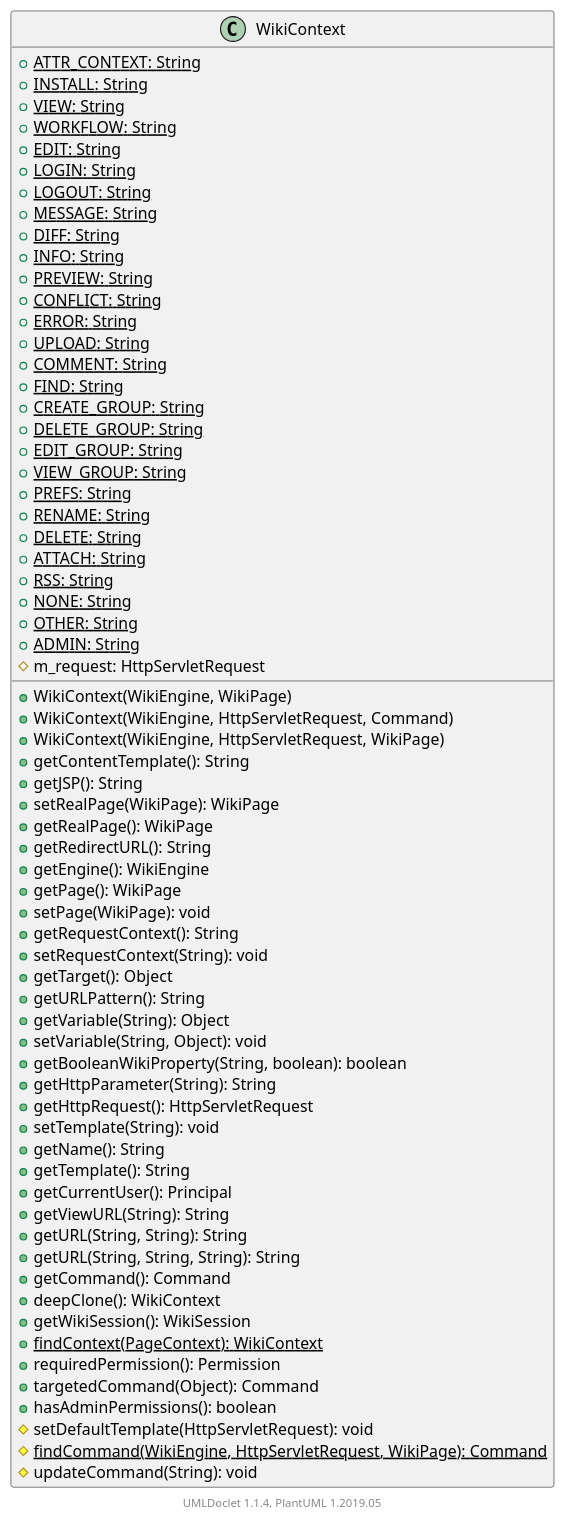
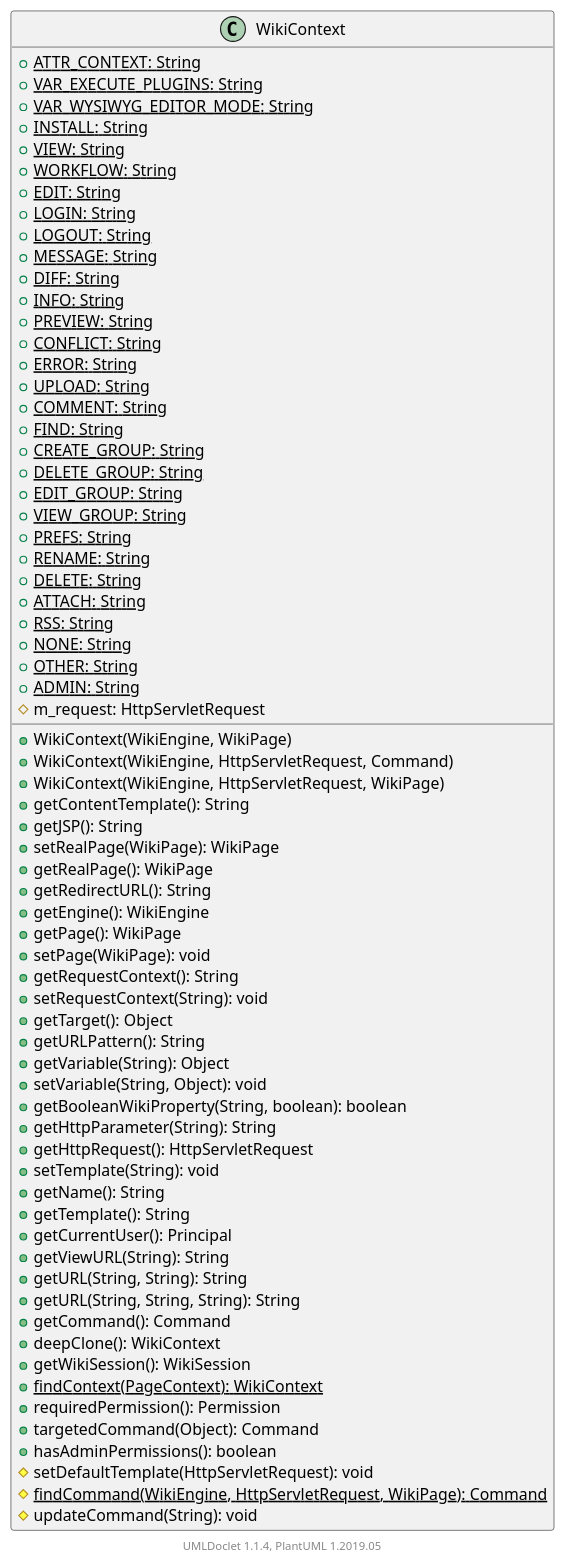
One commit to apache/jspwiki-site changed the diagram in apidocs/2.11.0.M7-SNAPSHOT/org/apache/wiki/WikiContext.puml. Above: the diagram before and after it, drawn with PlantUML. The commit also changed 1187 other files, not shown here.

```diff
--- a/apidocs/2.11.0.M7-SNAPSHOT/org/apache/wiki/WikiContext.puml
+++ b/apidocs/2.11.0.M7-SNAPSHOT/org/apache/wiki/WikiContext.puml
@@ -1,74 +1,76 @@
 @startuml
 
     class WikiContext [[WikiContext.html]] {
         {static} +ATTR_CONTEXT: String
+        {static} +VAR_EXECUTE_PLUGINS: String
+        {static} +VAR_WYSIWYG_EDITOR_MODE: String
         {static} +INSTALL: String
         {static} +VIEW: String
         {static} +WORKFLOW: String
         {static} +EDIT: String
         {static} +LOGIN: String
         {static} +LOGOUT: String
         {static} +MESSAGE: String
         {static} +DIFF: String
         {static} +INFO: String
         {static} +PREVIEW: String
         {static} +CONFLICT: String
         {static} +ERROR: String
         {static} +UPLOAD: String
         {static} +COMMENT: String
         {static} +FIND: String
         {static} +CREATE_GROUP: String
         {static} +DELETE_GROUP: String
         {static} +EDIT_GROUP: String
         {static} +VIEW_GROUP: String
         {static} +PREFS: String
         {static} +RENAME: String
         {static} +DELETE: String
         {static} +ATTACH: String
         {static} +RSS: String
         {static} +NONE: String
         {static} +OTHER: String
         {static} +ADMIN: String
         #m_request: HttpServletRequest
         +WikiContext(WikiEngine, WikiPage)
         +WikiContext(WikiEngine, HttpServletRequest, Command)
         +WikiContext(WikiEngine, HttpServletRequest, WikiPage)
         +getContentTemplate(): String
         +getJSP(): String
         +setRealPage(WikiPage): WikiPage
         +getRealPage(): WikiPage
         +getRedirectURL(): String
         +getEngine(): WikiEngine
         +getPage(): WikiPage
         +setPage(WikiPage): void
         +getRequestContext(): String
         +setRequestContext(String): void
         +getTarget(): Object
         +getURLPattern(): String
         +getVariable(String): Object
         +setVariable(String, Object): void
         +getBooleanWikiProperty(String, boolean): boolean
         +getHttpParameter(String): String
         +getHttpRequest(): HttpServletRequest
         +setTemplate(String): void
         +getName(): String
         +getTemplate(): String
         +getCurrentUser(): Principal
         +getViewURL(String): String
         +getURL(String, String): String
         +getURL(String, String, String): String
         +getCommand(): Command
         +deepClone(): WikiContext
         +getWikiSession(): WikiSession
         {static} +findContext(PageContext): WikiContext
         +requiredPermission(): Permission
         +targetedCommand(Object): Command
         +hasAdminPermissions(): boolean
         #setDefaultTemplate(HttpServletRequest): void
         {static} #findCommand(WikiEngine, HttpServletRequest, WikiPage): Command
         #updateCommand(String): void
     }
 
 
     center footer UMLDoclet 1.1.4, PlantUML 1.2019.05
 @enduml
```
